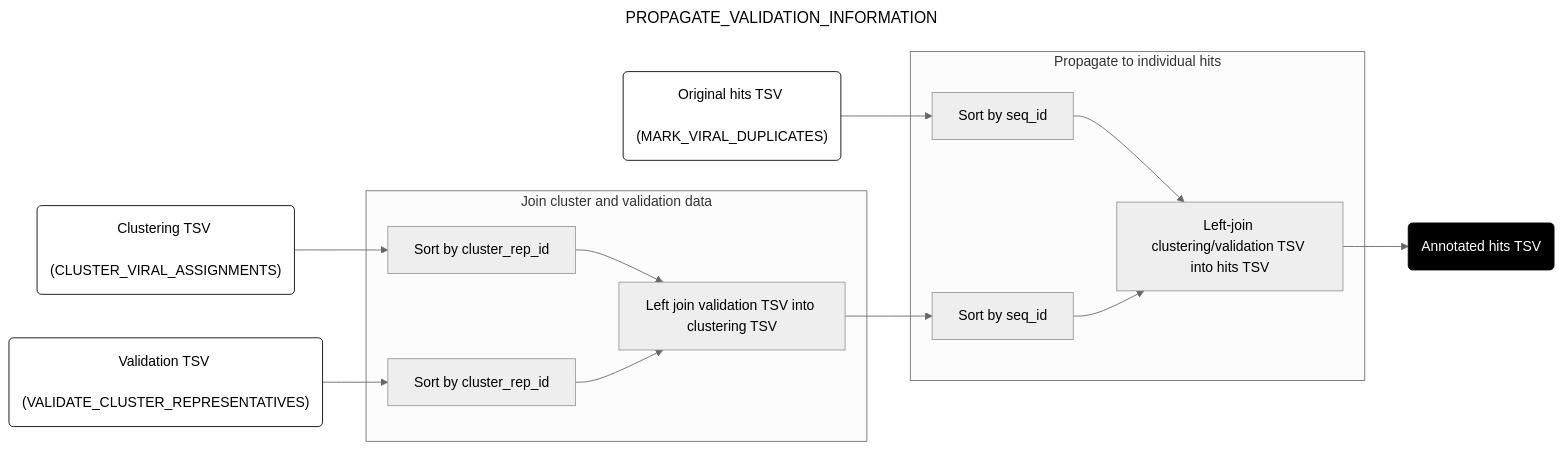
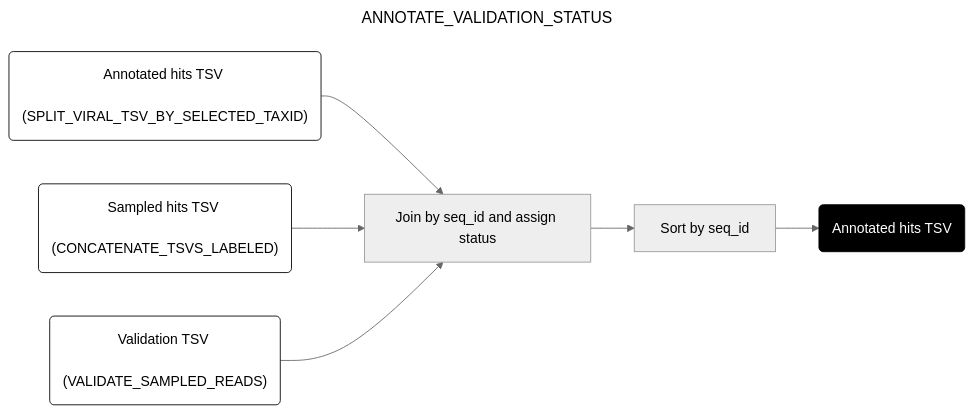
One commit to securebio/nao-mgs-workflow changed the tenth of 10 diagrams in docs/downstream.md. Above: the diagram before and after it, drawn with Mermaid (neutral theme). The commit also changed other lines of this file and 14 other files, not shown here.

First line of the commit message:
Validate a downsampled read subset instead of cluster exemplars (#911)

````diff
--- a/docs/downstream.md
+++ b/docs/downstream.md
@@ -468,31 +469,17 @@
 ```mermaid
 ---
-title: PROPAGATE_VALIDATION_INFORMATION
+title: ANNOTATE_VALIDATION_STATUS
 config:
   layout: horizontal
 ---
 flowchart LR
-A("Original hits TSV <br> (MARK_VIRAL_DUPLICATES)") --> B[Sort by seq_id]
-C("Clustering TSV <br> (CLUSTER_VIRAL_ASSIGNMENTS)") --> D[Sort by cluster_rep_id]
-E("Validation TSV <br> (VALIDATE_CLUSTER_REPRESENTATIVES)") --> F[Sort by cluster_rep_id]
-D --> G[Left join validation TSV into clustering TSV]
-F --> G
-G --> H[Sort by seq_id]
-B --> I[Left-join clustering/validation TSV into hits TSV]
-H --> I
-I --> J(Annotated hits TSV)
-subgraph "Join cluster and validation data"
-D
-F
-G
-end
-subgraph "Propagate to individual hits"
-B
-H
-I
-end
+A("Annotated hits TSV <br> (SPLIT_VIRAL_TSV_BY_SELECTED_TAXID)") --> I[Join by seq_id and assign status]
+B("Sampled hits TSV <br> (CONCATENATE_TSVS_LABELED)") --> I
+C("Validation TSV <br> (VALIDATE_SAMPLED_READS)") --> I
+I --> D[Sort by seq_id]
+D --> J(Annotated hits TSV)
 style A fill:#fff,stroke:#000
+style B fill:#fff,stroke:#000
 style C fill:#fff,stroke:#000
-style E fill:#fff,stroke:#000
 style J fill:#000,color:#fff,stroke:#000
 ```
````
